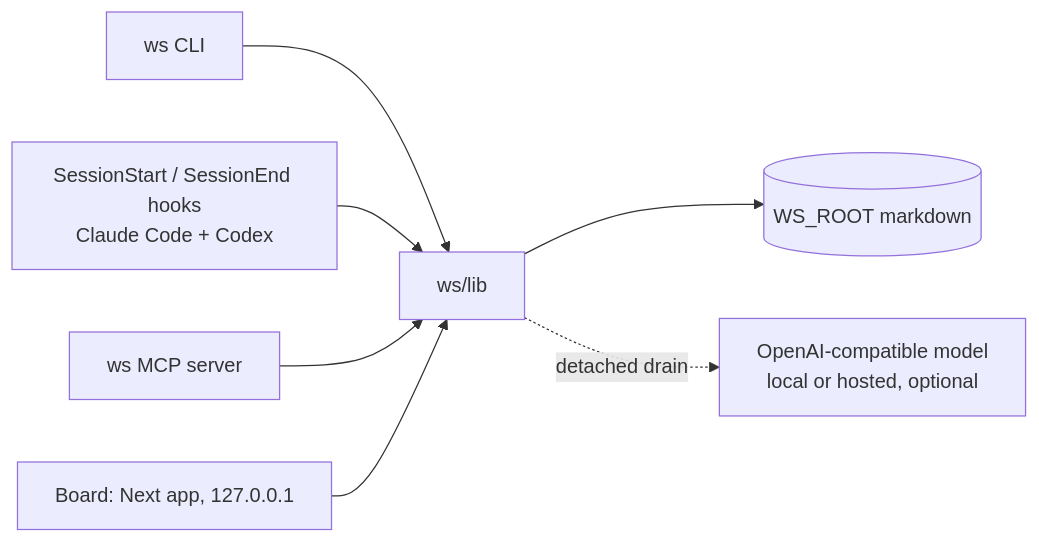
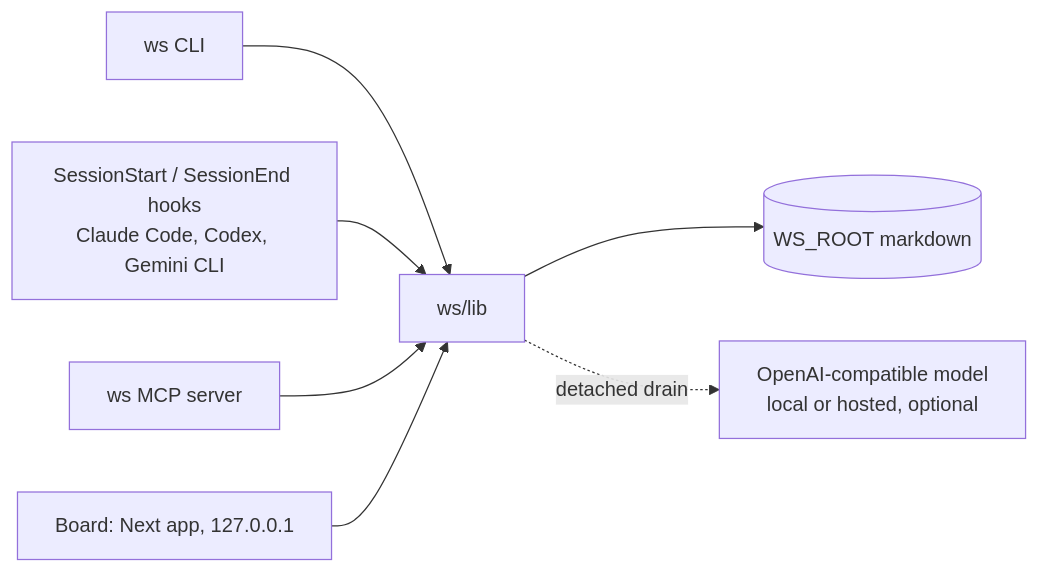
One commit to justinrhowell/workstreams changed the diagram in docs/ARCHITECTURE.md. Above: the diagram before and after it, drawn with Mermaid. The commit also changed other lines of this file and 12 other files, not shown here.

First line of the commit message:
feat(ws): Gemini CLI support: hooks, transcript reader, setup (#18)

````diff
--- a/docs/ARCHITECTURE.md
+++ b/docs/ARCHITECTURE.md
@@ -37,9 +37,9 @@
 ```mermaid
 graph LR
   CLI[ws CLI] --> LIB[ws/lib]
-  HOOKS[SessionStart / SessionEnd hooks<br/>Claude Code + Codex] --> LIB
+  HOOKS[SessionStart / SessionEnd hooks<br/>Claude Code, Codex, Gemini CLI] --> LIB
   MCP[ws MCP server] --> LIB
   BOARD[Board: Next app, 127.0.0.1] --> LIB
   LIB --> FS[(WS_ROOT markdown)]
   LIB -. detached drain .-> LLM[OpenAI-compatible model<br/>local or hosted, optional]
 ```
````
